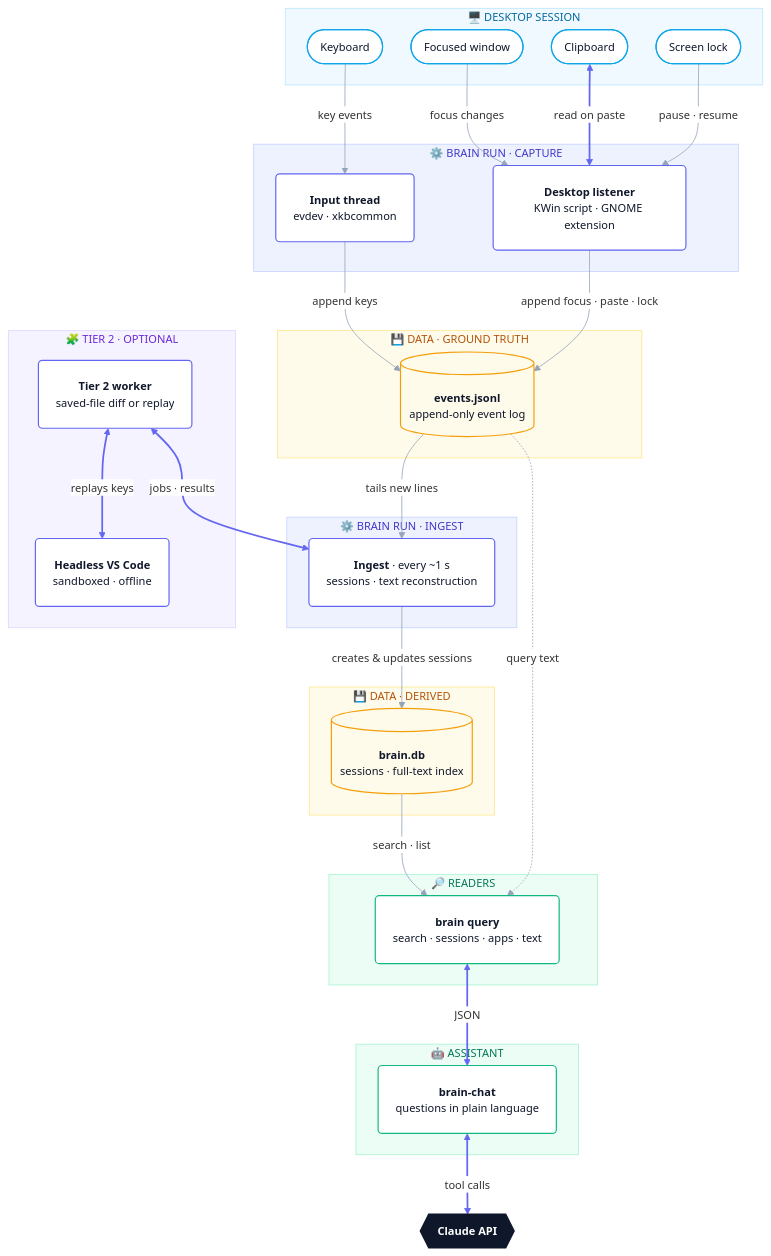
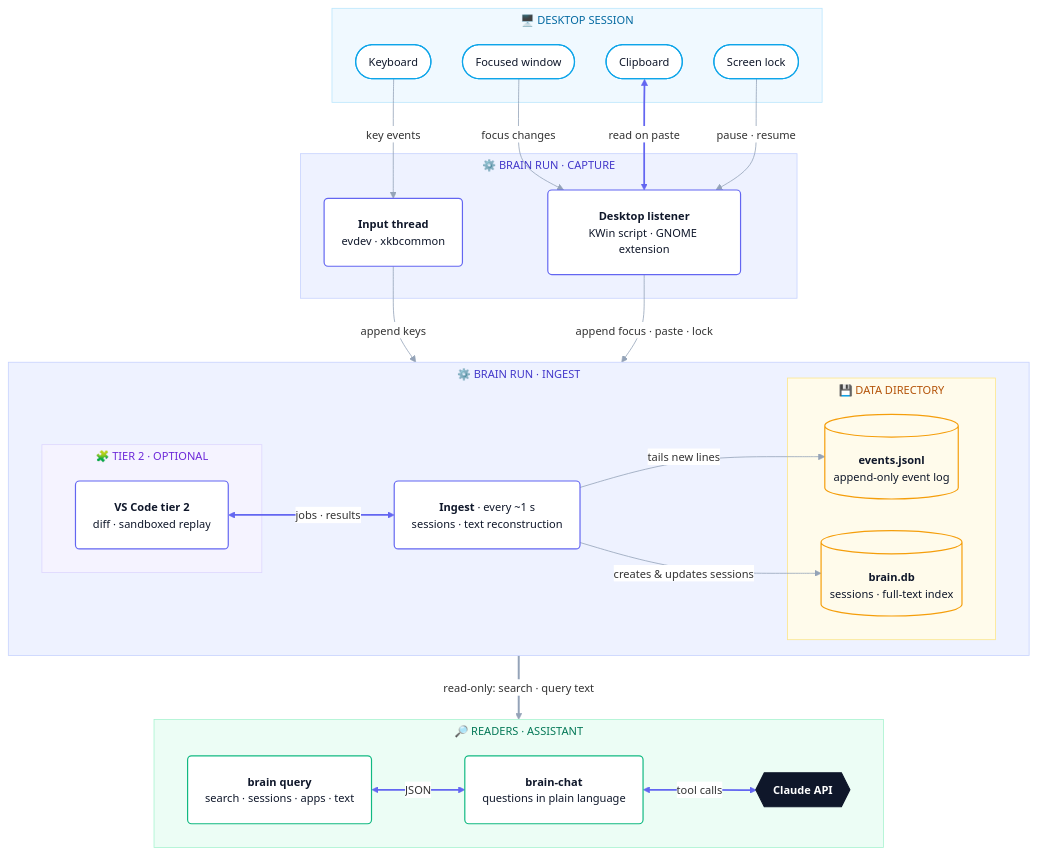
The first of 2 diagrams in DIAGRAMS.md (ChenOhana/shadow-assistant), drawn with Mermaid before and after one commit. The commit also changed other lines of this file, not shown here.

Commit message:
Regroup the architecture diagram into four clean layers
The log and brain.db now sit together in one data directory, next to
ingest, with optional tier 2 on the left; the readers and the assistant
share the bottom row. Arrows into a layer end at its edge, so none runs
through a title. The text and the role table follow the new layers.

Claude-Session: https://claude.ai/code/session_01TqJ1JQ5AR6NbGxAYUZbh83

````diff
--- a/DIAGRAMS.md
+++ b/DIAGRAMS.md
@@ -9,79 +9,68 @@
 ```mermaid
-%%{init: {"theme": "base", "themeVariables": {"fontSize": "14px", "lineColor": "#94a3b8", "edgeLabelBackground": "#ffffff", "textColor": "#334155"}, "flowchart": {"curve": "basis", "padding": 22, "nodeSpacing": 36, "rankSpacing": 54}}}%%
+%%{init: {"theme": "base", "themeVariables": {"fontSize": "14px", "lineColor": "#94a3b8", "edgeLabelBackground": "#ffffff", "textColor": "#334155"}, "flowchart": {"curve": "basis", "padding": 22, "nodeSpacing": 40, "rankSpacing": 60, "subGraphTitleMargin": {"top": 4, "bottom": 12}}}}%%
 flowchart TB
     subgraph L1["🖥️  DESKTOP SESSION"]
         KB(["Keyboard"])
         FOC(["Focused window"])
         CLIP(["Clipboard"])
         SCR(["Screen lock"])
     end
 
     subgraph L2["⚙️  BRAIN RUN · CAPTURE"]
         INP("<b>Input thread</b><br/>evdev · xkbcommon")
         DSK("<b>Desktop listener</b><br/>KWin script · GNOME extension")
     end
 
-    subgraph L3["💾  DATA · GROUND TRUTH"]
-        LOG[("<b>events.jsonl</b><br/>append-only event log")]
+    subgraph L3["⚙️  BRAIN RUN · INGEST"]
+        direction LR
+        subgraph LT["🧩  TIER 2 · OPTIONAL"]
+            T2("<b>VS Code tier 2</b><br/>diff · sandboxed replay")
+        end
+        ING("<b>Ingest</b> · every ~1 s<br/>sessions · text reconstruction")
+        subgraph LD["💾  DATA DIRECTORY"]
+            LOG[("<b>events.jsonl</b><br/>append-only event log")]
+            DB[("<b>brain.db</b><br/>sessions · full-text index")]
+        end
+        T2 <-->|"jobs · results"| ING
+        ING -->|"tails new lines"| LOG
+        ING -->|"creates & updates sessions"| DB
     end
 
-    subgraph L4["⚙️  BRAIN RUN · INGEST"]
-        ING("<b>Ingest</b> · every ~1 s<br/>sessions · text reconstruction")
+    subgraph L4["🔎  READERS · ASSISTANT"]
+        direction LR
+        Q("<b>brain query</b><br/>search · sessions · apps · text")
+        CHAT("<b>brain-chat</b><br/>questions in plain language")
+        API{{"<b>Claude API</b>"}}
+        Q <-->|"JSON"| CHAT
+        CHAT <-->|"tool calls"| API
     end
-
-    subgraph L5["💾  DATA · DERIVED"]
-        DB[("<b>brain.db</b><br/>sessions · full-text index")]
-    end
-
-    subgraph L6["🔎  READERS"]
-        Q("<b>brain query</b><br/>search · sessions · apps · text")
-    end
-
-    subgraph LT["🧩  TIER 2 · OPTIONAL"]
-        T2("<b>Tier 2 worker</b><br/>saved-file diff or replay")
-        VSC("<b>Headless VS Code</b><br/>sandboxed · offline")
-    end
-
-    subgraph L7["🤖  ASSISTANT"]
-        CHAT("<b>brain-chat</b><br/>questions in plain language")
-    end
-
-    API{{"<b>Claude API</b>"}}
 
     KB -->|"key events"| INP
     FOC -->|"focus changes"| DSK
     CLIP <-->|"read on paste"| DSK
     SCR -->|"pause · resume"| DSK
-    INP -->|"append keys"| LOG
-    DSK -->|"append focus · paste · lock"| LOG
-    LOG -->|"tails new lines"| ING
-    ING -->|"creates & updates sessions"| DB
-    T2 <-->|"jobs · results"| ING
-    T2 <-->|"replays keys"| VSC
-    DB -->|"search · list"| Q
-    LOG -.->|"query text"| Q
-    Q <-->|"JSON"| CHAT
-    CHAT <-->|"tool calls"| API
+    INP -->|"append keys"| L3
+    DSK -->|"append focus · paste · lock"| L3
+    L3 ==>|"read-only: search · query text"| L4
 
     classDef src fill:#ffffff,stroke:#0ea5e9,stroke-width:1.5px,color:#0f172a
     classDef proc fill:#ffffff,stroke:#6366f1,stroke-width:1.5px,color:#0f172a
     classDef store fill:#fffbeb,stroke:#f59e0b,stroke-width:1.5px,color:#0f172a
     classDef read fill:#ffffff,stroke:#10b981,stroke-width:1.5px,color:#0f172a
     classDef ext fill:#0f172a,stroke:#0f172a,stroke-width:1.5px,color:#ffffff
     class KB,FOC,CLIP,SCR src
-    class INP,DSK,ING,T2,VSC proc
+    class INP,DSK,ING,T2 proc
     class LOG,DB store
     class Q,CHAT read
     class API ext
 
     style L1 fill:#f0f9ff,stroke:#bae6fd,color:#0369a1
     style L2 fill:#eef2ff,stroke:#c7d2fe,color:#4338ca
-    style L3 fill:#fffbeb,stroke:#fde68a,color:#b45309
-    style L4 fill:#eef2ff,stroke:#c7d2fe,color:#4338ca
-    style L5 fill:#fffbeb,stroke:#fde68a,color:#b45309
-    style L6 fill:#ecfdf5,stroke:#a7f3d0,color:#047857
+    style L3 fill:#eef2ff,stroke:#c7d2fe,color:#4338ca
     style LT fill:#f5f3ff,stroke:#ddd6fe,color:#6d28d9
-    style L7 fill:#ecfdf5,stroke:#a7f3d0,color:#047857
+    style LD fill:#fffbeb,stroke:#fde68a,color:#b45309
+    style L4 fill:#ecfdf5,stroke:#a7f3d0,color:#047857
 
-    linkStyle 2,8,9,12,13 stroke:#6366f1,stroke-width:2.2px
+    linkStyle 0,3,4,7 stroke:#6366f1,stroke-width:2.2px
+    linkStyle 11 stroke:#94a3b8,stroke-width:2.5px
 ```
````
